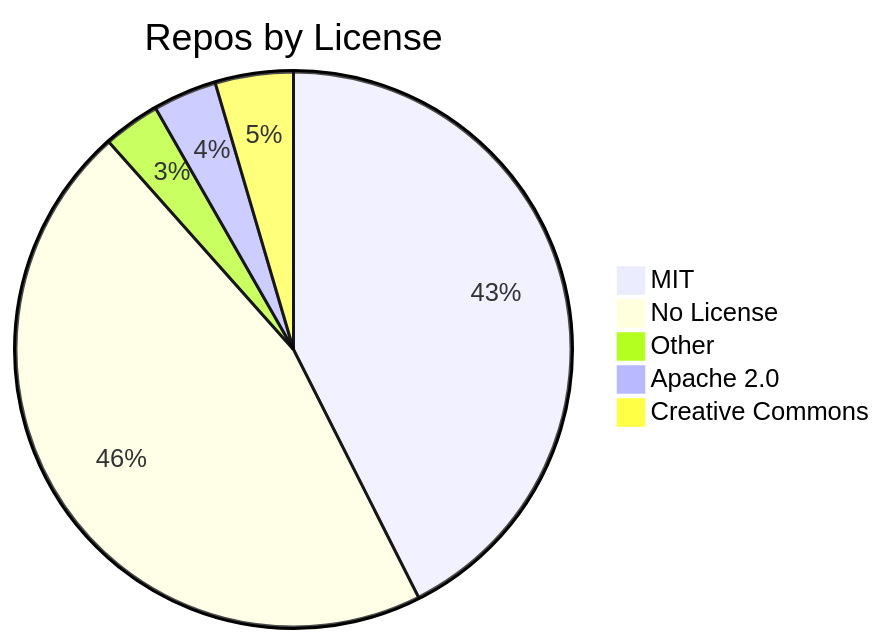
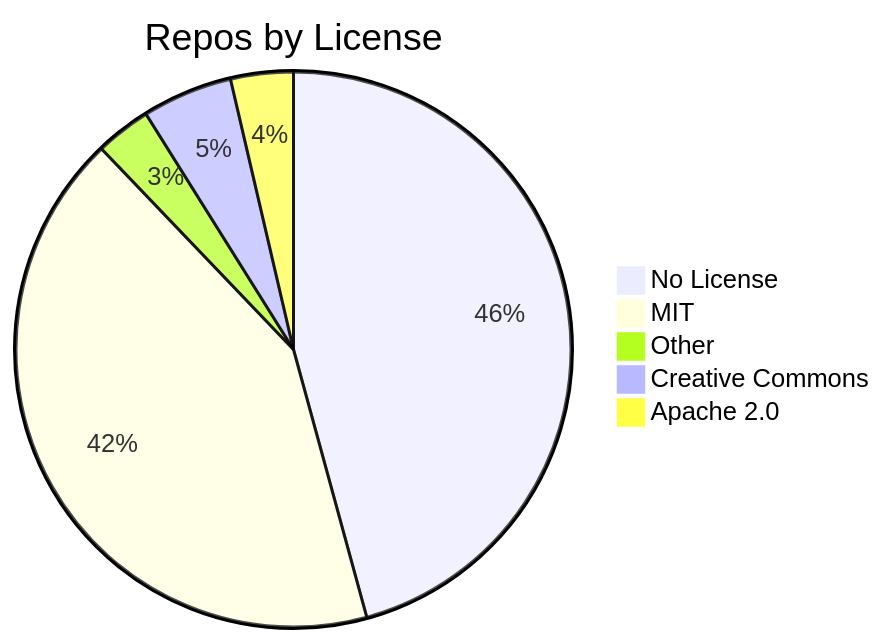
One commit to jpatterson933/awesome-mcp-server-repo-index changed the diagram in README.md. Above: the diagram before and after it, drawn with Mermaid. The commit also changed other lines of this file and 3 other files, not shown here.

````diff
--- a/README.md
+++ b/README.md
@@ -29,8 +29,8 @@
 ```mermaid
 pie title Repos by License
-    "MIT" : 103
-    "No License" : 111
+    "No License" : 113
+    "MIT" : 104
     "Other" : 8
+    "Creative Commons" : 13
     "Apache 2.0" : 9
-    "Creative Commons" : 11
 ```
````
